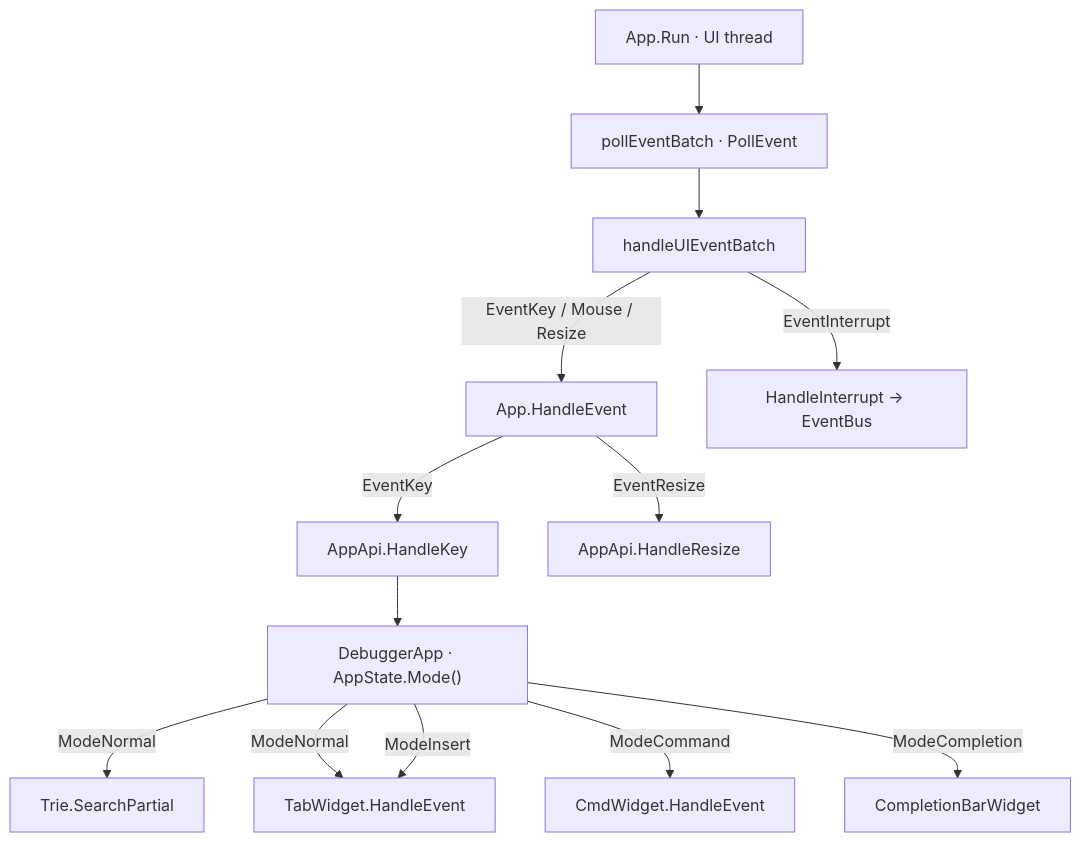
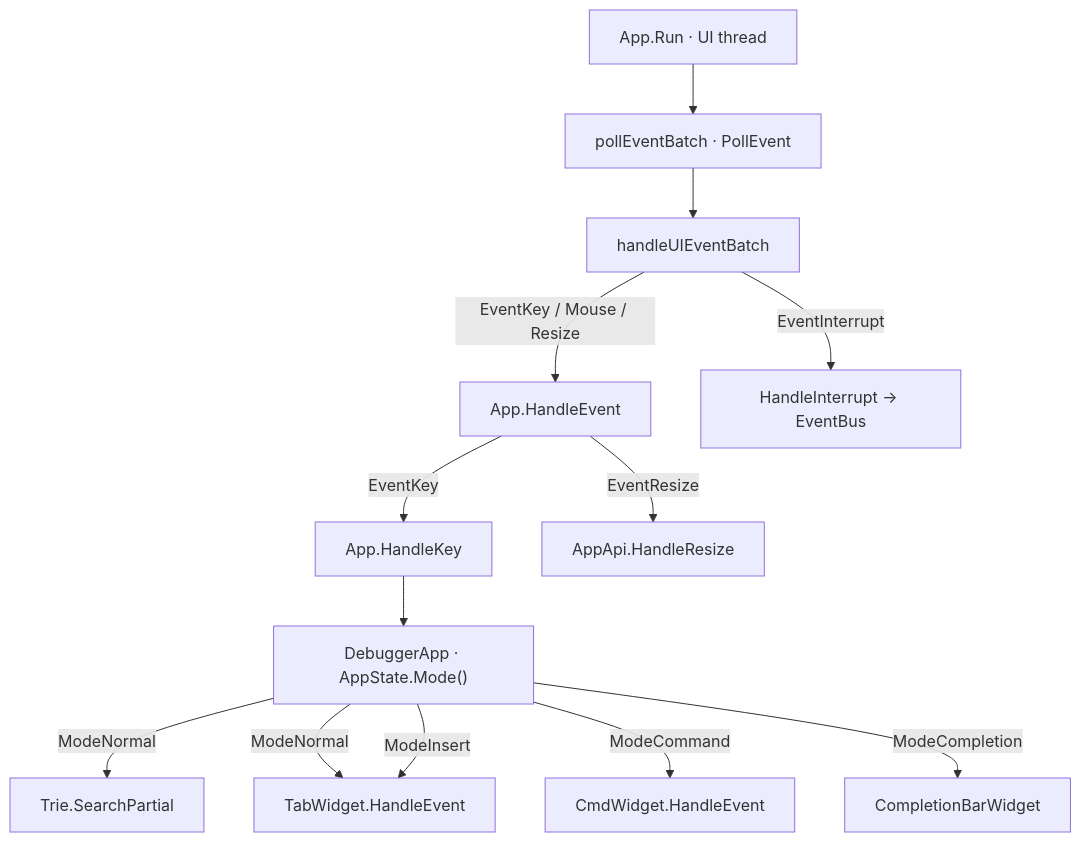
The second of 4 diagrams in docs/INPUT.md (yairgd/gdbforge), drawn with Mermaid before and after one commit. The commit also changed other lines of this file and 18 other files, not shown here.

````diff
--- a/docs/INPUT.md
+++ b/docs/INPUT.md
@@ -102,26 +102,26 @@
 ```mermaid
 flowchart TB
     Select["App.Run · UI thread"]
     Poll["pollEventBatch · PollEvent"]
     Batch["handleUIEventBatch"]
     TermHandler["App.HandleEvent"]
-    HandleKey["AppApi.HandleKey"]
+    HandleKey["App.HandleKey"]
     HandleResize["AppApi.HandleResize"]
     HandleInt["HandleInterrupt → EventBus"]
     Router["DebuggerApp · AppState.Mode()"]
     Trie["Trie.SearchPartial"]
     Tab["TabWidget.HandleEvent"]
     Cmd["CmdWidget.HandleEvent"]
     Comp["CompletionBarWidget"]
 
     Select --> Poll --> Batch
     Batch -->|"EventKey / Mouse / Resize"| TermHandler
     Batch -->|"EventInterrupt"| HandleInt
     TermHandler -->|"EventKey"| HandleKey --> Router
     TermHandler -->|"EventResize"| HandleResize
     Router -->|"ModeNormal"| Trie
     Router -->|"ModeNormal"| Tab
     Router -->|"ModeInsert"| Tab
     Router -->|"ModeCommand"| Cmd
     Router -->|"ModeCompletion"| Comp
 ```
````
